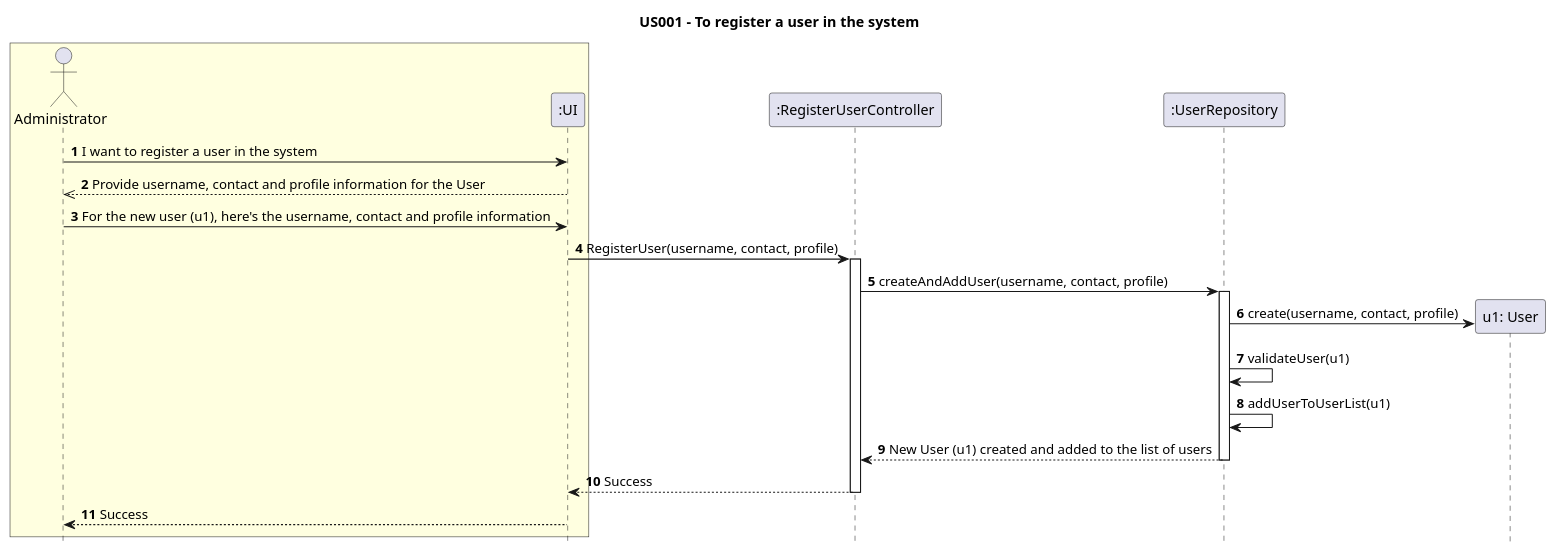
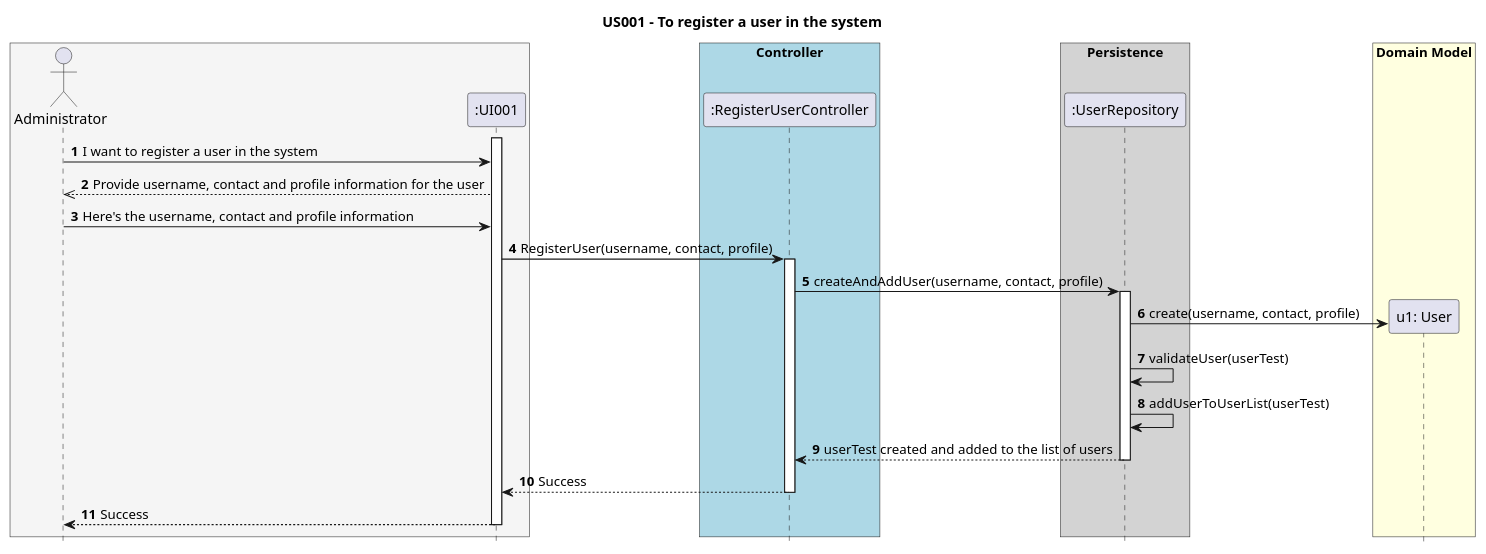
The diagram in Diagrams/SequenceDiagrams/N2/US001-to-register-a-user.puml (AndrePereiraGitH/SWitCH-Project-Team_A), drawn with PlantUML before and after one commit. The commit also changed 7 other files, not shown here.

Commit message:
Working on #23 #26, Standardization of Sequence Diagrams

```diff
--- a/Diagrams/SequenceDiagrams/N2/US001-to-register-a-user.puml
+++ b/Diagrams/SequenceDiagrams/N2/US001-to-register-a-user.puml
@@ -1,47 +1,57 @@
 @startuml
 
 hide footbox
+autonumber
 
 title US001 - To register a user in the system
 
-box #LightYellow
+box #WhiteSmoke
 actor Administrator
-participant ":UI" as UI
+participant ":UI001" as UI
 end box
 
+box "Controller" #LightBlue
 participant ":RegisterUserController" as RegisterUserController
+end box
+
+box "Persistence" #LightGrey
 participant ":UserRepository" as UserRepository
+end box
 
 ' Human contact between Administrator and UI
-Administrator -> UI : **1** I want to register a user in the system
-UI -->> Administrator : **2** Provide username, contact and profile information for the User
-Administrator -> UI : **3** For the new user (u1), here's the username, contact and profile information
+activate UI
+Administrator -> UI : I want to register a user in the system
+UI -->> Administrator :  Provide username, contact and profile information for the user
+Administrator -> UI :  Here's the username, contact and profile information
 
 ' First contact between UI and the System
-UI -> RegisterUserController : **4** RegisterUser(username, contact, profile)
+UI -> RegisterUserController : RegisterUser(username, contact, profile)
 activate RegisterUserController
 
-RegisterUserController -> UserRepository : **5** createAndAddUser(username, contact, profile)
+RegisterUserController -> UserRepository : createAndAddUser(username, contact, profile)
+
 activate UserRepository
 ' Creation of u1 instance from User class
+box "Domain Model"#LightYellow
 create "u1: User" as User
-
+end box
 
 ' Creation, validation and addition
-UserRepository -> User : **6** create(username, contact, profile)
-UserRepository -> UserRepository : **7** validateUser(u1)
-UserRepository -> UserRepository : **8** addUserToUserList(u1)
+UserRepository -> User : create(username, contact, profile)
+UserRepository -> UserRepository : validateUser(userTest)
+UserRepository -> UserRepository : addUserToUserList(userTest)
 
 
 ' Return from UserRepository to RegisterUserController
-UserRepository --> RegisterUserController : **9** New User (u1) created and added to the list of users
+UserRepository --> RegisterUserController : userTest created and added to the list of users
 deactivate UserRepository
 
 ' Return from RegisterUserController to UI
-RegisterUserController --> UI : **10** Success
+RegisterUserController --> UI : Success
 deactivate RegisterUserController
 
 ' Return from UI to Administrator
-UI --> Administrator : **11** Success
+UI --> Administrator : Success
+deactivate UI
 
 @enduml
```
